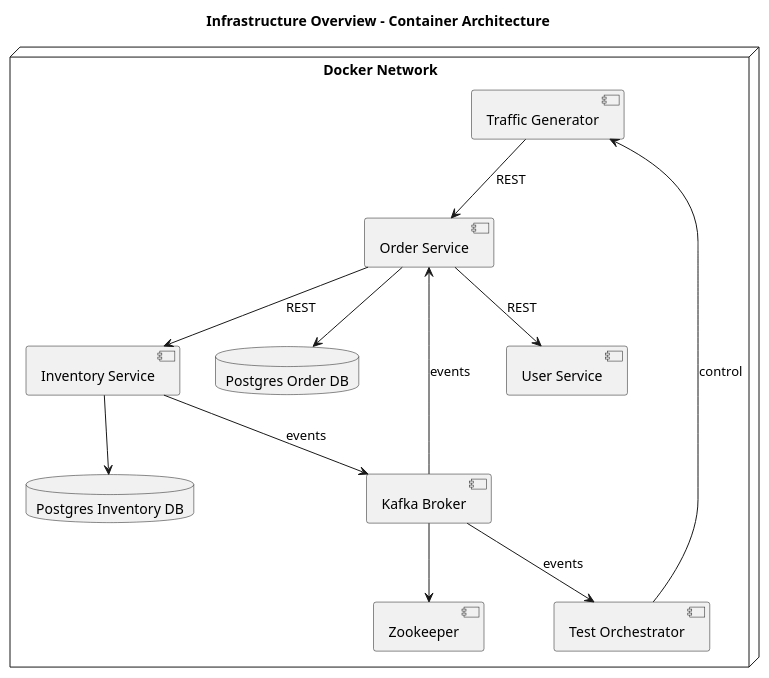
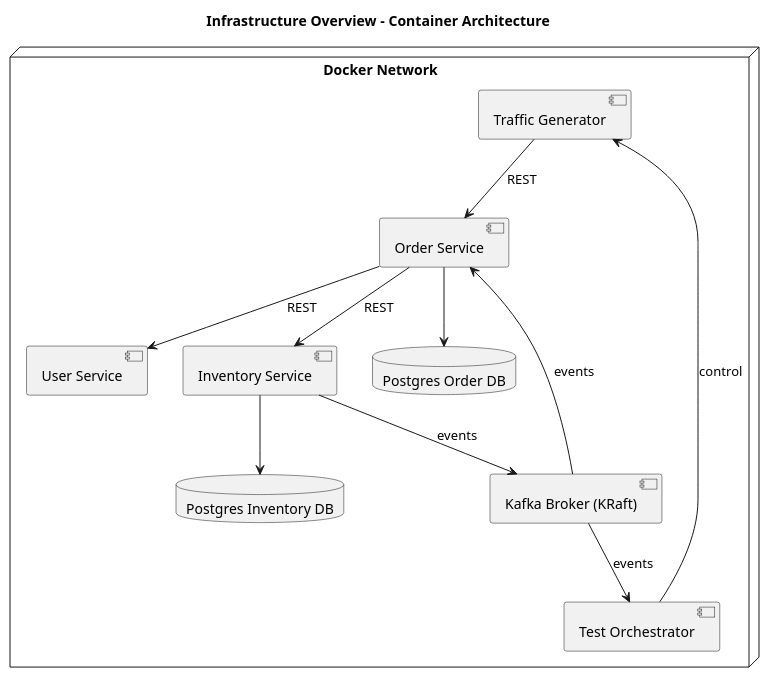
The diagram in Docs/infrastructure.md (mkrzesinski/EventSentinel), drawn with PlantUML before and after one commit. The commit also changed other lines of this file and 6 other files, not shown here.

Commit message:
Update documentation and configurations to reflect Kafka's KRaft mode, removing Zookeeper dependencies

````diff
--- a/Docs/infrastructure.md
+++ b/Docs/infrastructure.md
@@ -176,36 +175,34 @@
 ```plantuml
 @startuml
 title Infrastructure Overview - Container Architecture
 
 node "Docker Network" {
 
   component "Traffic Generator" as TG
   component "Test Orchestrator" as TO
 
   component "User Service" as US
   component "Order Service" as OS
   component "Inventory Service" as IS
 
   database "Postgres Order DB" as ODB
   database "Postgres Inventory DB" as IDB
 
-  component "Kafka Broker" as K
-  component "Zookeeper" as Z
+  component "Kafka Broker (KRaft)" as K
 }
 
 TG --> OS : REST
 OS --> US : REST
 OS --> IS : REST
 
 OS --> ODB
 IS --> IDB
 
 IS --> K : events
 K --> OS : events
 K --> TO : events
 
 TO --> TG : control
-K --> Z
 
 @enduml
 ```
````
